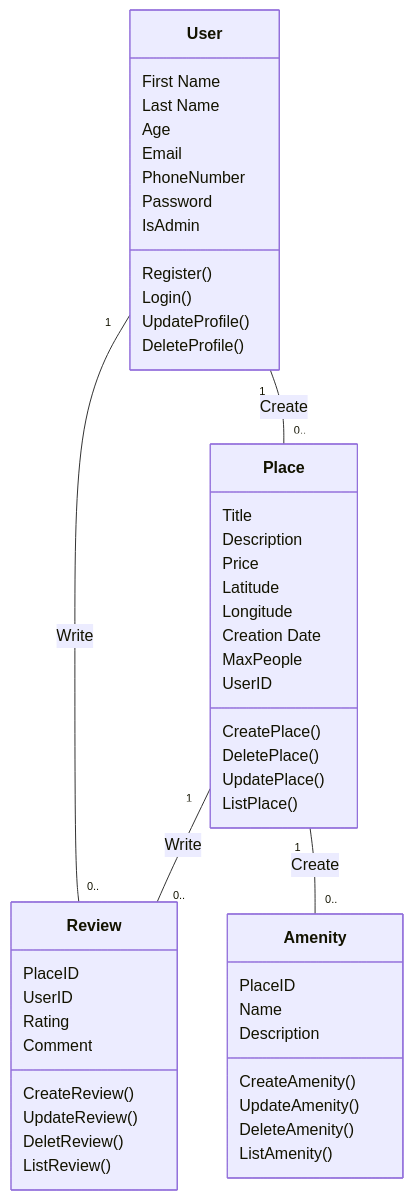
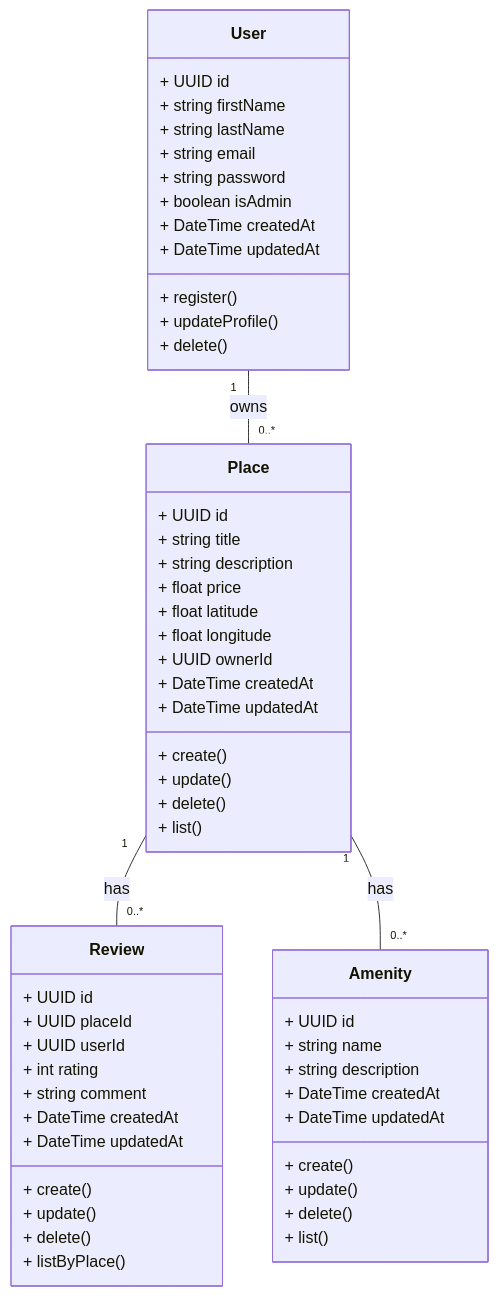
One commit to Maniok19/holbertonschool-hbnb changed the diagram in ClassDiagram.mmd. Above: the diagram before and after it, drawn with Mermaid. The commit also changed 2 other files, not shown here.

Commit message:
superbe diagrame creation

```diff
--- a/ClassDiagram.mmd
+++ b/ClassDiagram.mmd
@@ -1,51 +1,57 @@
 classDiagram
-class User {
-    First Name
-    Last Name
-    Age
-    Email
-    PhoneNumber
-    Password
-    IsAdmin
-    Register()
-    Login()
-    UpdateProfile()
-    DeleteProfile()
-}
-class Place {
-    Title
-    Description
-    Price
-    Latitude
-    Longitude
-    Creation Date
-    MaxPeople
-    UserID
-    CreatePlace()
-    DeletePlace()
-    UpdatePlace()
-    ListPlace()
-}
-class Review {
-    PlaceID
-    UserID
-    Rating
-    Comment
-    CreateReview()
-    UpdateReview()
-    DeletReview()
-    ListReview()
-}
-class Amenity {
-    PlaceID
-    Name
-    Description
-    CreateAmenity()
-    UpdateAmenity()
-    DeleteAmenity()
-    ListAmenity()
-}
-User "1" -- "0.." Review: Write
-User "1" -- "0.." Place: Create
-Place "1" -- "0.." Amenity: Create
-Place "1" -- "0.." Review: Write
+  class User {
+    + UUID id
+    + string firstName
+    + string lastName
+    + string email
+    + string password
+    + boolean isAdmin
+    + DateTime createdAt
+    + DateTime updatedAt
+    + register()
+    + updateProfile()
+    + delete()
+  }
+  class Place {
+    + UUID id
+    + string title
+    + string description
+    + float price
+    + float latitude
+    + float longitude
+    + UUID ownerId
+    + DateTime createdAt
+    + DateTime updatedAt
+    + create()
+    + update()
+    + delete()
+    + list()
+  }
+  class Review {
+    + UUID id
+    + UUID placeId
+    + UUID userId
+    + int rating
+    + string comment
+    + DateTime createdAt
+    + DateTime updatedAt
+    + create()
+    + update()
+    + delete()
+    + listByPlace()
+  }
+  class Amenity {
+    + UUID id
+    + string name
+    + string description
+    + DateTime createdAt
+    + DateTime updatedAt
+    + create()
+    + update()
+    + delete()
+    + list()
+  }
+
+  User "1" -- "0..*" Place : owns
+  Place "1" -- "0..*" Review : has
+  Place "1" -- "0..*" Amenity : has
```
